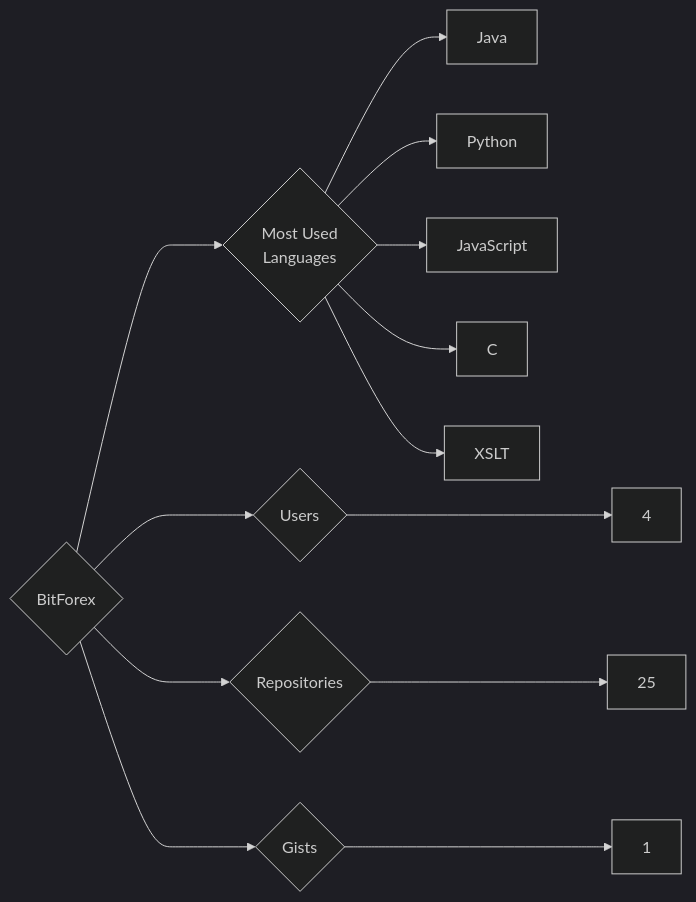
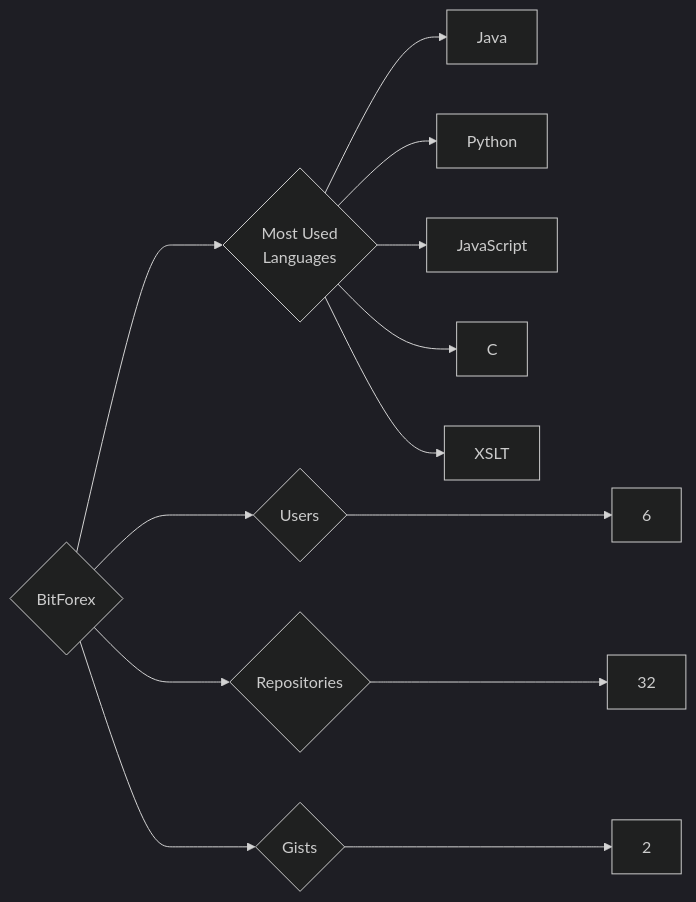
The diagram in targets/BitForex/README.md (trickest/insiders), drawn with Mermaid (dark theme) before and after one commit. The commit also changed 1078 other files, not shown here.

````diff
--- a/targets/BitForex/README.md
+++ b/targets/BitForex/README.md
@@ -3,13 +3,13 @@
 ```mermaid
 graph LR
 COMPANY_NAME{BitForex}
-COMPANY_NAME ---> U{Users} ---> UN[4]
-COMPANY_NAME ---> R{Repositories} ---> RN[25]
-COMPANY_NAME ---> G{Gists} ---> GN[1]
+COMPANY_NAME ---> U{Users} ---> UN[6]
+COMPANY_NAME ---> R{Repositories} ---> RN[32]
+COMPANY_NAME ---> G{Gists} ---> GN[2]
 COMPANY_NAME ---> ML{Most Used<br>Languages}
 ML --> Java[Java]
 ML --> Python[Python]
 ML --> JavaScript[JavaScript]
 ML --> C[C]
 ML --> XSLT[XSLT]
 ```
````
